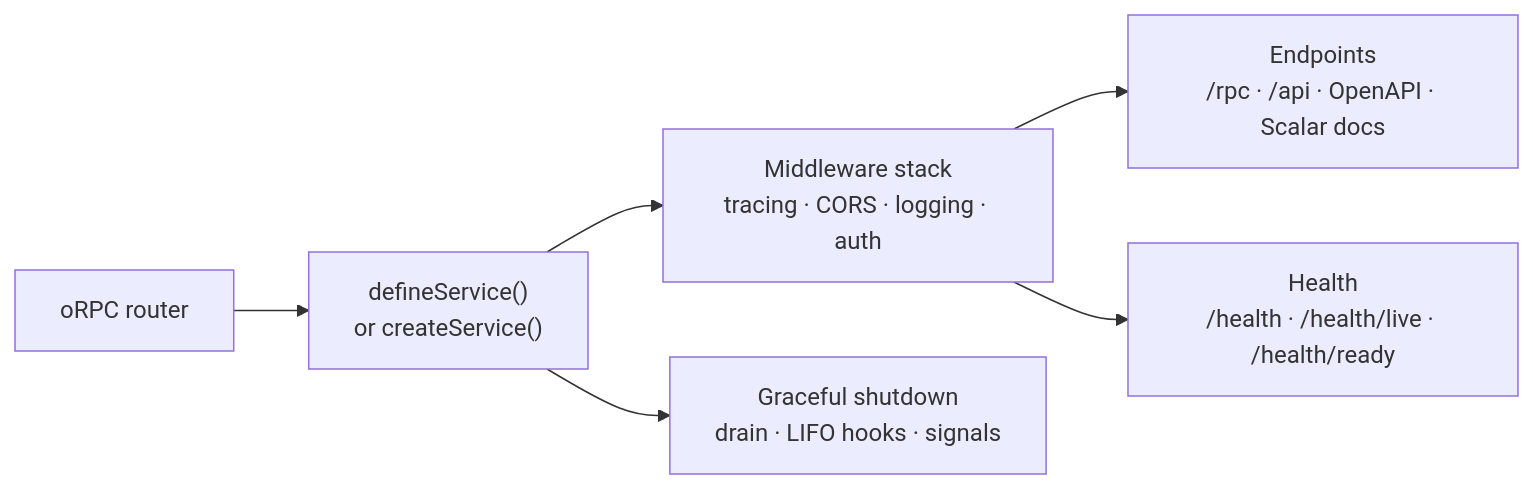
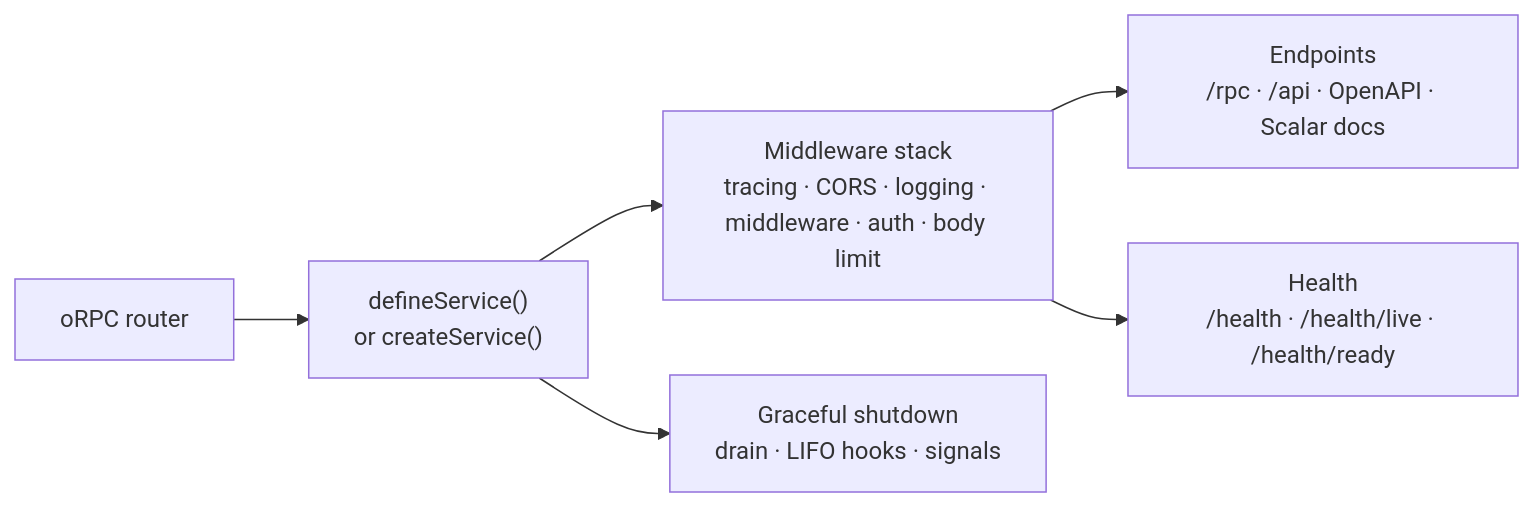
Before and after one commit to rickylabs/netscript: the diagram in packages/service/README.md, drawn with Mermaid. The commit also changed other lines of this file and 9 other files, not shown here.

First line of the commit message:
feat(service): document middleware order and body limit; scaffold a 1 MiB default

````diff
--- a/packages/service/README.md
+++ b/packages/service/README.md
@@ -45,8 +48,8 @@
 ```mermaid
 flowchart LR
     R["oRPC router"] --> D["defineService()<br/>or createService()"]
-    D --> M["Middleware stack<br/>tracing · CORS · logging · auth"]
+    D --> M["Middleware stack<br/>tracing · CORS · logging · middleware · auth · body limit"]
     M --> E["Endpoints<br/>/rpc · /api · OpenAPI · Scalar docs"]
     M --> H["Health<br/>/health · /health/live · /health/ready"]
     D --> G["Graceful shutdown<br/>drain · LIFO hooks · signals"]
 ```
````
